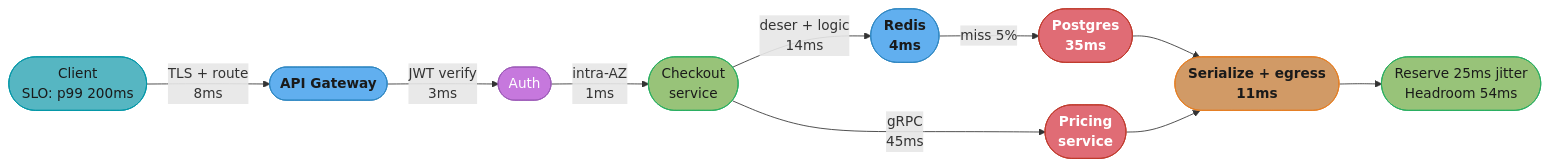
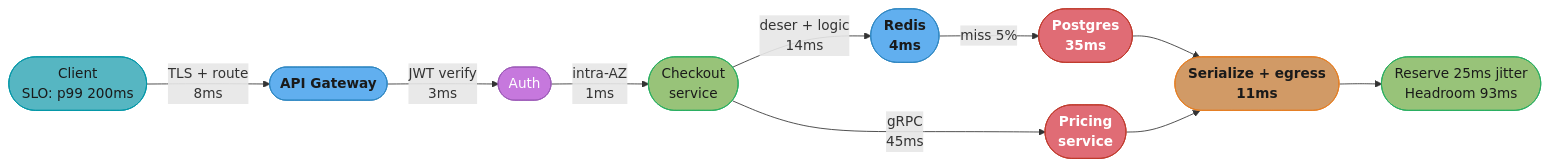
Before and after one commit to rppol/system-design: the first of 2 diagrams in src/main/java/com/rutik/systemdesign/backend/latency_budgets_and_slo_math/latency_budgets_and_slo_math.md, drawn with Mermaid. The commit also changed other lines of this file and 10 other files, not shown here.

````diff
--- a/src/main/java/com/rutik/systemdesign/backend/latency_budgets_and_slo_math/latency_budgets_and_slo_math.md
+++ b/src/main/java/com/rutik/systemdesign/backend/latency_budgets_and_slo_math/latency_budgets_and_slo_math.md
@@ -116,29 +116,29 @@
 ```mermaid
 flowchart LR
     classDef req    fill:#56b6c2,stroke:#0097a7,color:#1a1a1a
     classDef io     fill:#61afef,stroke:#2e86c1,color:#1a1a1a,font-weight:bold
     classDef mathOp fill:#d19a66,stroke:#e67e22,color:#1a1a1a,font-weight:bold
     classDef lossN  fill:#e06c75,stroke:#c0392b,color:#fff,font-weight:bold
     classDef train  fill:#98c379,stroke:#27ae60,color:#1a1a1a
     classDef frozen fill:#c678dd,stroke:#9b59b6,color:#fff
 
     cl(["Client<br/>SLO: p99 200ms"]) -->|"TLS + route<br/>8ms"| gw(["API Gateway"])
     gw -->|"JWT verify<br/>3ms"| au(["Auth"])
     au -->|"intra-AZ<br/>1ms"| sv(["Checkout<br/>service"])
     sv -->|"deser + logic<br/>14ms"| cch(["Redis<br/>4ms"])
     cch -->|"miss 5%"| db(["Postgres<br/>35ms"])
     sv -->|"gRPC<br/>45ms"| pr(["Pricing<br/>service"])
     db --> resp(["Serialize + egress<br/>11ms"])
     pr --> resp
-    resp --> hd(["Reserve 25ms jitter<br/>Headroom 54ms"])
+    resp --> hd(["Reserve 25ms jitter<br/>Headroom 93ms"])
 
     class cl req
     class gw io
     class au frozen
     class sv train
     class cch io
     class db lossN
     class pr lossN
     class resp mathOp
     class hd train
 ```
````
